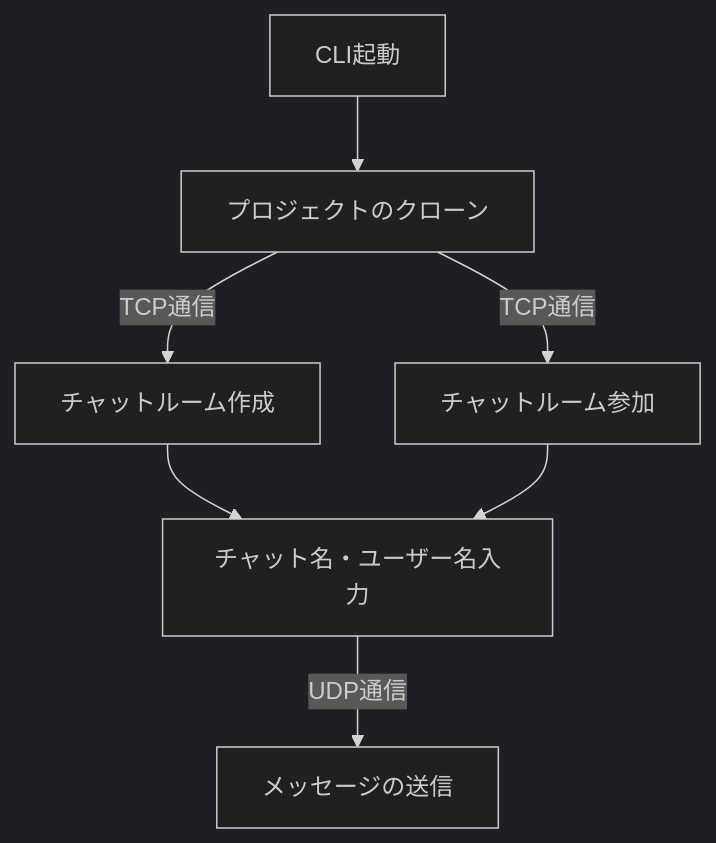
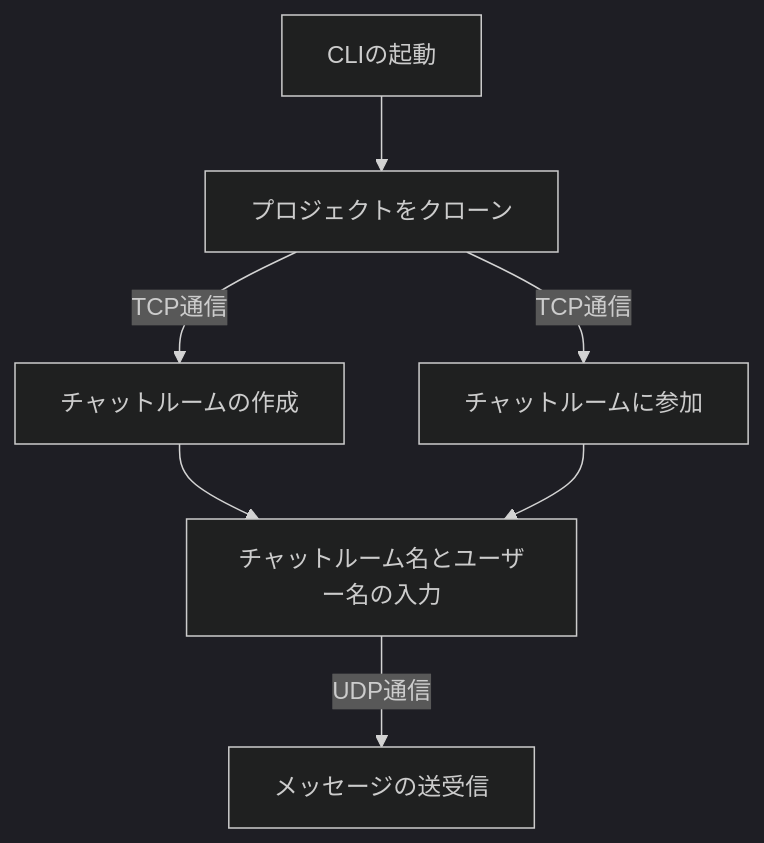
One commit to BackendExplorer/Tenshin changed the diagram in README.md. Above: the diagram before and after it, drawn with Mermaid (dark theme). The commit also changed other lines of this file, not shown here.

````diff
--- a/README.md
+++ b/README.md
@@ -2,9 +1,8 @@
 ```mermaid
-
-    graph TD
-    A[CLI起動] --> B[プロジェクトのクローン]
-    B -- TCP通信 --> C[チャットルーム作成]
-    B -- TCP通信 --> D[チャットルーム参加]
-    C & D --> E[チャット名・ユーザー名入力]
-    E -- UDP通信 --> F[メッセージの送信]
+graph TD
+    A[CLIの起動] --> B[プロジェクトをクローン]
+    B -- TCP通信 --> C[チャットルームの作成]
+    B -- TCP通信 --> D[チャットルームに参加]
+    C & D --> E[チャットルーム名とユーザー名の入力]
+    E -- UDP通信 --> F[メッセージの送受信]
 ```
````
